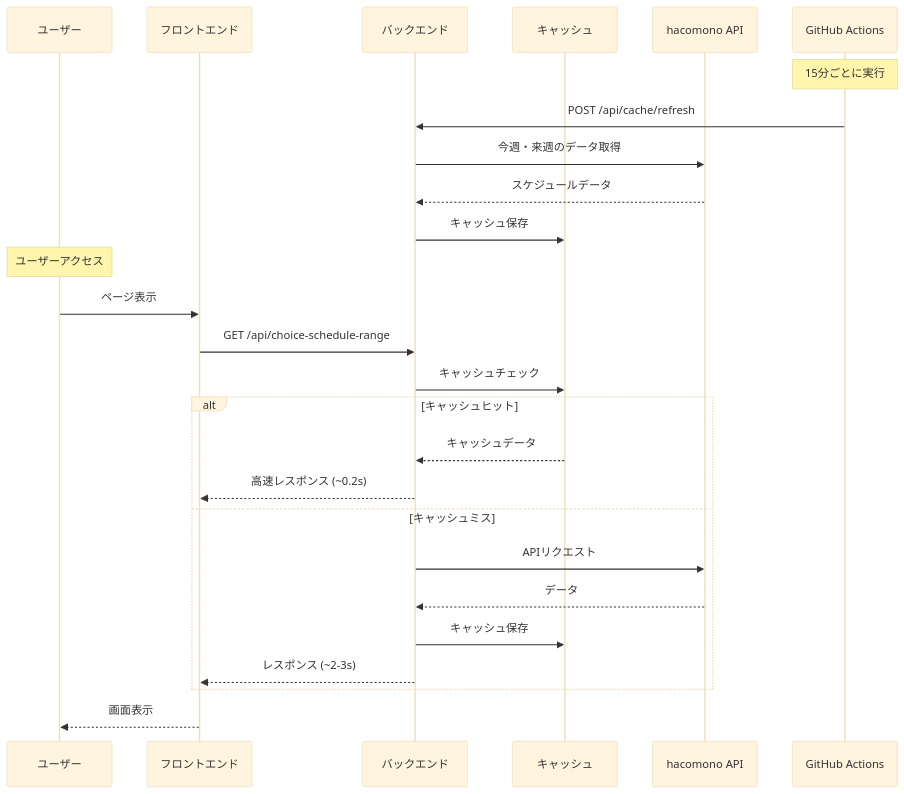
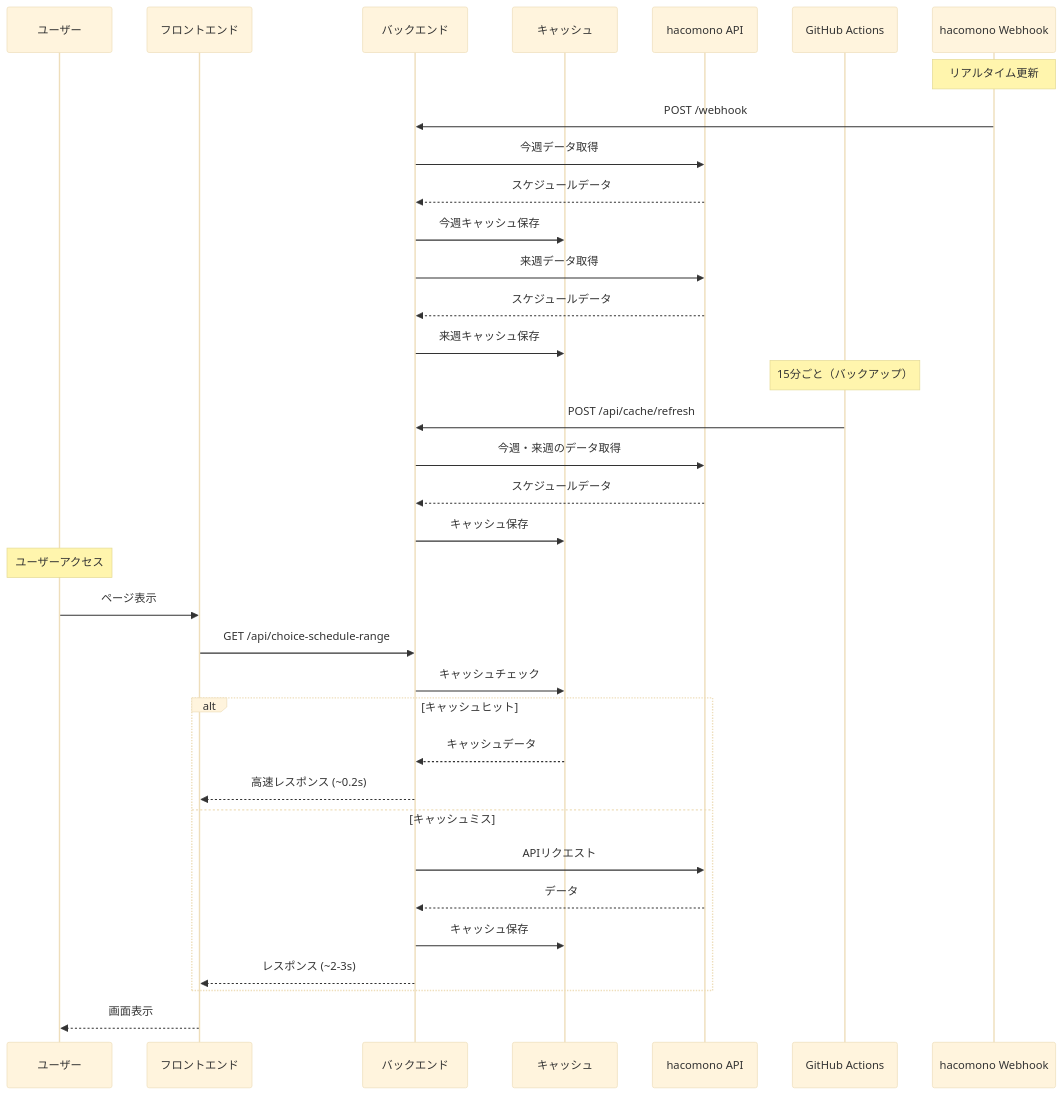
One commit to latte0/happle-reservation changed the second of 7 diagrams in happle-reservation/docs/cache-architecture.md. Above: the diagram before and after it, drawn with Mermaid (base theme). The commit also changed other lines of this file and 1 other file, not shown here.

````diff
--- a/happle-reservation/docs/cache-architecture.md
+++ b/happle-reservation/docs/cache-architecture.md
@@ -43,32 +49,42 @@
 ```mermaid
 sequenceDiagram
     participant User as ユーザー
     participant FE as フロントエンド
     participant API as バックエンド
     participant Cache as キャッシュ
     participant Haco as hacomono API
     participant GHA as GitHub Actions
+    participant Webhook as hacomono Webhook
     
-    Note over GHA: 15分ごとに実行
+    Note over Webhook: リアルタイム更新
+    Webhook->>API: POST /webhook
+    API->>Haco: 今週データ取得
+    Haco-->>API: スケジュールデータ
+    API->>Cache: 今週キャッシュ保存
+    API->>Haco: 来週データ取得
+    Haco-->>API: スケジュールデータ
+    API->>Cache: 来週キャッシュ保存
+    
+    Note over GHA: 15分ごと（バックアップ）
     GHA->>API: POST /api/cache/refresh
     API->>Haco: 今週・来週のデータ取得
     Haco-->>API: スケジュールデータ
     API->>Cache: キャッシュ保存
     
     Note over User: ユーザーアクセス
     User->>FE: ページ表示
     FE->>API: GET /api/choice-schedule-range
     API->>Cache: キャッシュチェック
     
     alt キャッシュヒット
         Cache-->>API: キャッシュデータ
         API-->>FE: 高速レスポンス (~0.2s)
     else キャッシュミス
         API->>Haco: APIリクエスト
         Haco-->>API: データ
         API->>Cache: キャッシュ保存
         API-->>FE: レスポンス (~2-3s)
     end
     
     FE-->>User: 画面表示
 ```
````
